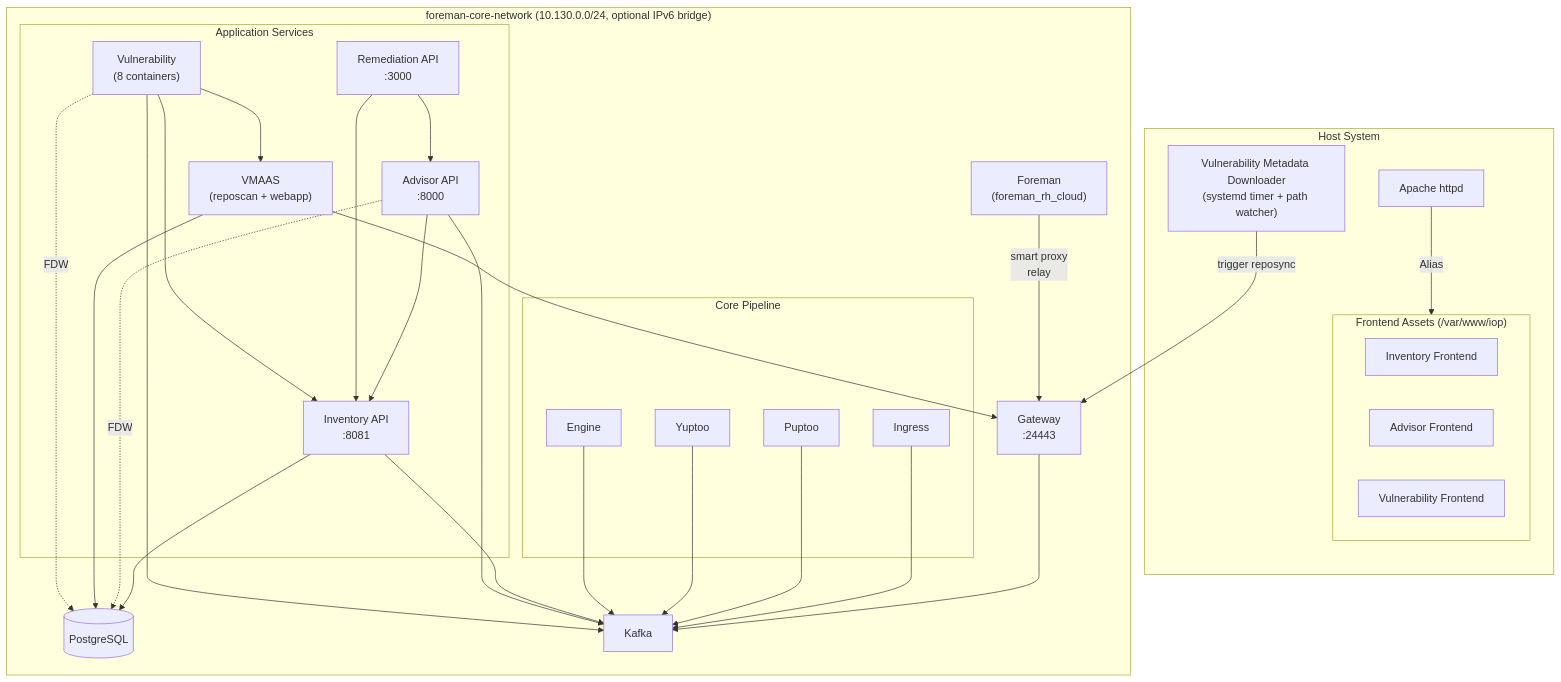
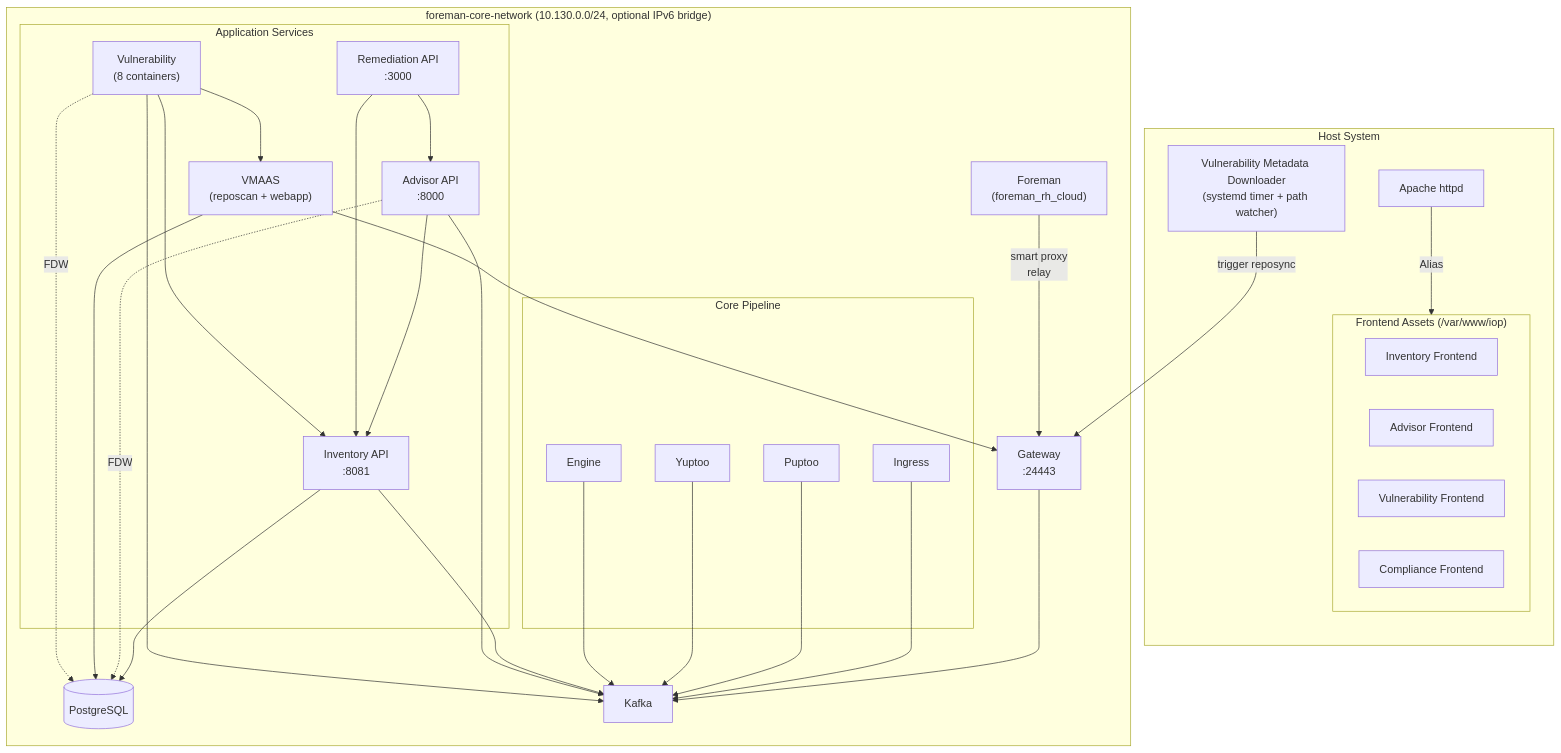
Before and after one commit to theforeman/foremanctl: the first of 2 diagrams in docs/architecture/iop.md, drawn with Mermaid. The commit also changed other lines of this file and 1 other file, not shown here.

Commit message:
Add Compliance frontend to IoP

````diff
--- a/docs/architecture/iop.md
+++ b/docs/architecture/iop.md
@@ -17,60 +17,61 @@
 ```mermaid
 graph TB
     subgraph Host["Host System"]
         Apache["Apache httpd"]
         subgraph Frontends["Frontend Assets (/var/www/iop)"]
             InventoryFE[Inventory Frontend]
             AdvisorFE[Advisor Frontend]
             VulnFE[Vulnerability Frontend]
+            ComplianceFE[Compliance Frontend]
         end
 
         VulnMeta["Vulnerability Metadata Downloader<br/>(systemd timer + path watcher)"]
     end
 
     subgraph Network["foreman-core-network (10.130.0.0/24, optional IPv6 bridge)"]
         Foreman["Foreman<br/>(foreman_rh_cloud)"]
         PG[(PostgreSQL)]
         Kafka[Kafka]
 
         subgraph Core["Core Pipeline"]
             Ingress[Ingress]
             Puptoo[Puptoo]
             Yuptoo[Yuptoo]
             Engine[Engine]
         end
 
         Gateway["Gateway<br/>:24443"]
 
         subgraph Services["Application Services"]
             Inventory["Inventory API<br/>:8081"]
             Advisor["Advisor API<br/>:8000"]
             Remediation["Remediation API<br/>:3000"]
             VMAAS["VMAAS<br/>(reposcan + webapp)"]
             Vuln["Vulnerability<br/>(8 containers)"]
         end
     end
 
     Foreman -- "smart proxy<br/>relay" --> Gateway
     Gateway --> Kafka
     Apache -- "Alias" --> Frontends
 
     Ingress --> Kafka
     Puptoo --> Kafka
     Yuptoo --> Kafka
     Engine --> Kafka
 
     Inventory --> Kafka
     Inventory --> PG
     Advisor --> Kafka
     Advisor --> Inventory
     Advisor -. "FDW" .-> PG
     Remediation --> Advisor
     Remediation --> Inventory
     VMAAS --> PG
     VMAAS --> Gateway
     Vuln --> Kafka
     Vuln --> Inventory
     Vuln --> VMAAS
     Vuln -. "FDW" .-> PG
     VulnMeta -- "trigger reposync" --> Gateway
 ```
````
